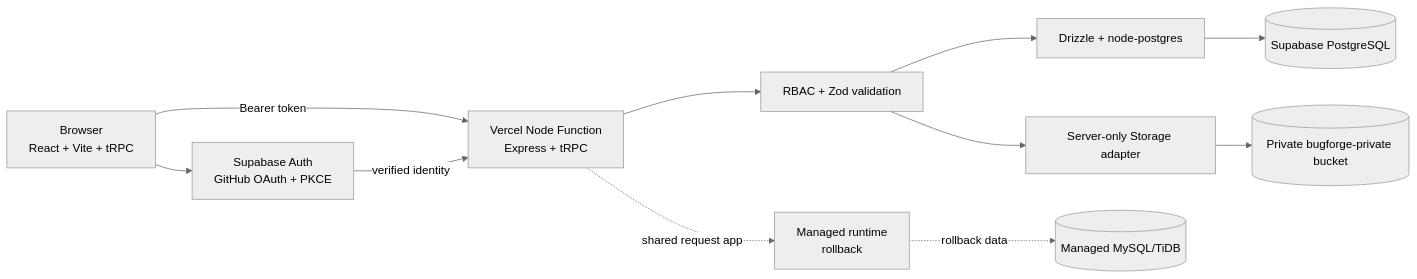
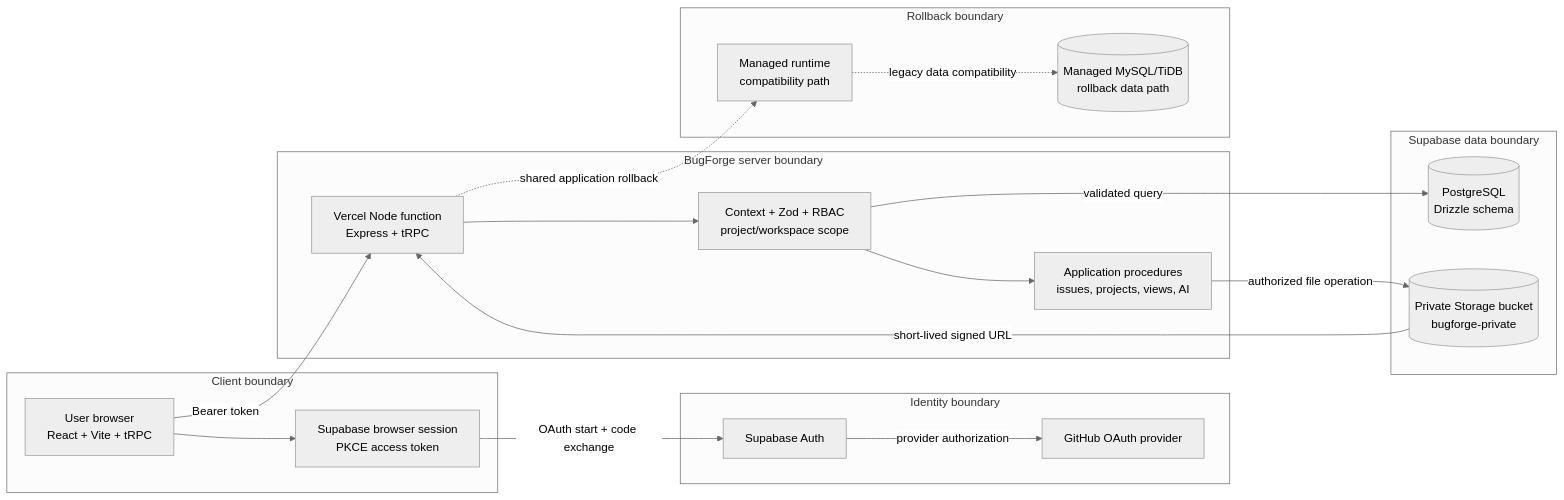
One commit to Simondavid07/bugforge changed the second of 10 diagrams in docs/visuals.md. Above: the diagram before and after it, drawn with Mermaid (neutral theme). The commit also changed other lines of this file and 2 other files, not shown here.

Commit message:
docs: expand system documentation graph

````diff
--- a/docs/visuals.md
+++ b/docs/visuals.md
@@ -7,13 +39,38 @@
 ```mermaid
 flowchart LR
-  B[Browser\nReact + Vite + tRPC] --> A[Supabase Auth\nGitHub OAuth + PKCE]
-  B -->|Bearer token| V[Vercel Node Function\nExpress + tRPC]
-  A -->|verified identity| V
-  V --> R[RBAC + Zod validation]
-  R --> D[Drizzle + node-postgres]
-  D --> P[(Supabase PostgreSQL)]
-  R --> S[Server-only Storage adapter]
-  S --> T[(Private bugforge-private bucket)]
-  V -. shared request app .-> M[Managed runtime\nrollback]
-  M -. rollback data .-> X[(Managed MySQL/TiDB)]
+  subgraph CLIENT[Client boundary]
+    Browser[User browser\nReact + Vite + tRPC]
+    Session[Supabase browser session\nPKCE access token]
+  end
+
+  subgraph IDENTITY[Identity boundary]
+    Auth[Supabase Auth]
+    GitHub[GitHub OAuth provider]
+  end
+
+  subgraph APP[BugForge server boundary]
+    API[Vercel Node function\nExpress + tRPC]
+    Guard[Context + Zod + RBAC\nproject/workspace scope]
+    Domain[Application procedures\nissues, projects, views, AI]
+  end
+
+  subgraph DATA[Supabase data boundary]
+    DB[(PostgreSQL\nDrizzle schema)]
+    Bucket[(Private Storage bucket\nbugforge-private)]
+  end
+
+  subgraph FALLBACK[Rollback boundary]
+    Managed[Managed runtime\ncompatibility path]
+    MySQL[(Managed MySQL/TiDB\nrollback data path)]
+  end
+
+  Browser --> Session
+  Session -->|OAuth start + code exchange| Auth
+  Auth -->|provider authorization| GitHub
+  Browser -->|Bearer token| API
+  API --> Guard --> Domain
+  Guard -->|validated query| DB
+  Domain -->|authorized file operation| Bucket
+  Bucket -->|short-lived signed URL| API
+  API -. shared application rollback .-> Managed -. legacy data compatibility .-> MySQL
 ```
````
